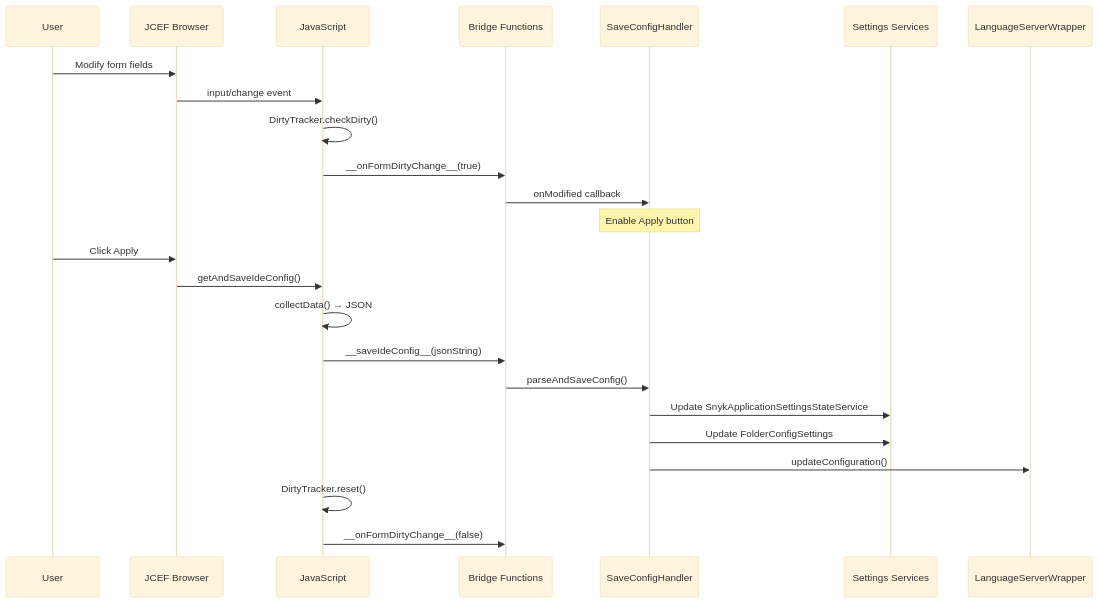
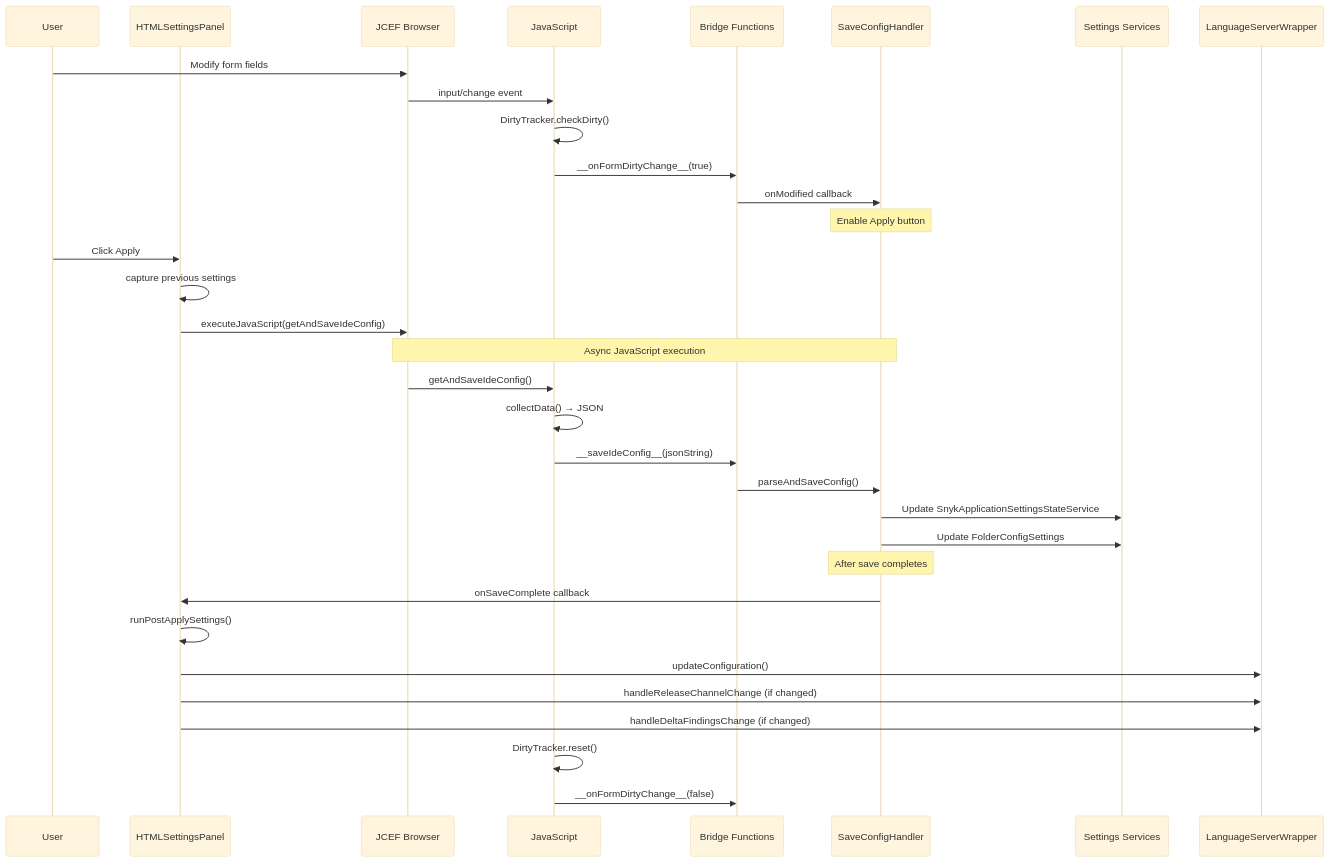
Before and after one commit to snyk/snyk-intellij-plugin: the third of 5 diagrams in docs/html-settings-panel-architecture.md, drawn with Mermaid (base theme). The commit also changed other lines of this file and 5 other files, not shown here.

First line of the commit message:
fix: resolve race condition in settings save and improve theme styling

````diff
--- a/docs/html-settings-panel-architecture.md
+++ b/docs/html-settings-panel-architecture.md
@@ -125,30 +145,41 @@
 ```mermaid
 sequenceDiagram
     participant User
+    participant HSP as HTMLSettingsPanel
     participant JCEF as JCEF Browser
     participant JS as JavaScript
     participant Bridge as Bridge Functions
     participant SCH as SaveConfigHandler
     participant Settings as Settings Services
     participant LSW as LanguageServerWrapper
 
     User->>JCEF: Modify form fields
     JCEF->>JS: input/change event
     JS->>JS: DirtyTracker.checkDirty()
     JS->>Bridge: __onFormDirtyChange__(true)
     Bridge->>SCH: onModified callback
     Note over SCH: Enable Apply button
 
-    User->>JCEF: Click Apply
+    User->>HSP: Click Apply
+    HSP->>HSP: capture previous settings
+    HSP->>JCEF: executeJavaScript(getAndSaveIdeConfig)
+    
+    Note over JCEF,SCH: Async JavaScript execution
     JCEF->>JS: getAndSaveIdeConfig()
     JS->>JS: collectData() → JSON
     JS->>Bridge: __saveIdeConfig__(jsonString)
     Bridge->>SCH: parseAndSaveConfig()
     
     SCH->>Settings: Update SnykApplicationSettingsStateService
     SCH->>Settings: Update FolderConfigSettings
-    SCH->>LSW: updateConfiguration()
+    
+    Note over SCH: After save completes
+    SCH->>HSP: onSaveComplete callback
+    HSP->>HSP: runPostApplySettings()
+    HSP->>LSW: updateConfiguration()
+    HSP->>LSW: handleReleaseChannelChange (if changed)
+    HSP->>LSW: handleDeltaFindingsChange (if changed)
     
     JS->>JS: DirtyTracker.reset()
     JS->>Bridge: __onFormDirtyChange__(false)
 ```
````
